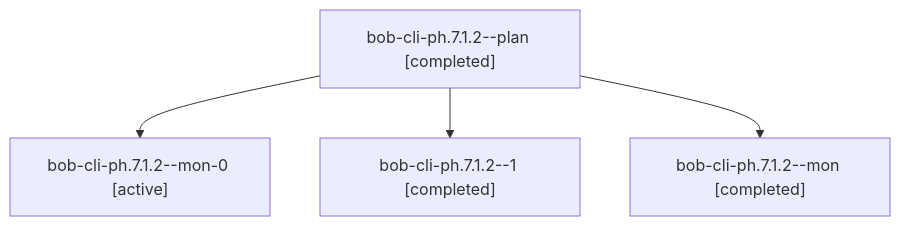
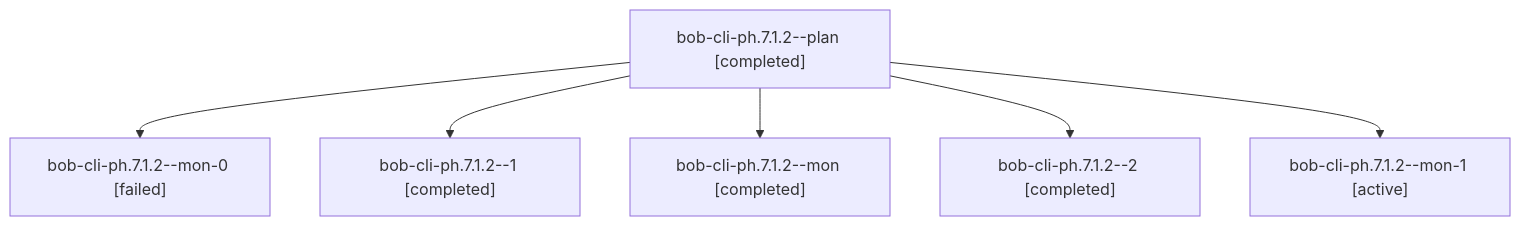
One commit to bobs-org/bob-cli--agents changed the diagram in sessions/bbugyi200.apollo.bob-cli-ph.7.1.2.md. Above: the diagram before and after it, drawn with Mermaid. The commit also changed other lines of this file and 111 other files, not shown here.

````diff
--- a/sessions/bbugyi200.apollo.bob-cli-ph.7.1.2.md
+++ b/sessions/bbugyi200.apollo.bob-cli-ph.7.1.2.md
@@ -9,10 +9,14 @@
 ```mermaid
 flowchart TD
   n0["bob-cli-ph.7.1.2--plan [completed]"]
-  n1["bob-cli-ph.7.1.2--mon-0 [active]"]
+  n1["bob-cli-ph.7.1.2--mon-0 [failed]"]
   n0 --> n1
   n2["bob-cli-ph.7.1.2--1 [completed]"]
   n0 --> n2
   n3["bob-cli-ph.7.1.2--mon [completed]"]
   n0 --> n3
+  n4["bob-cli-ph.7.1.2--2 [completed]"]
+  n0 --> n4
+  n5["bob-cli-ph.7.1.2--mon-1 [active]"]
+  n0 --> n5
 ```
````
